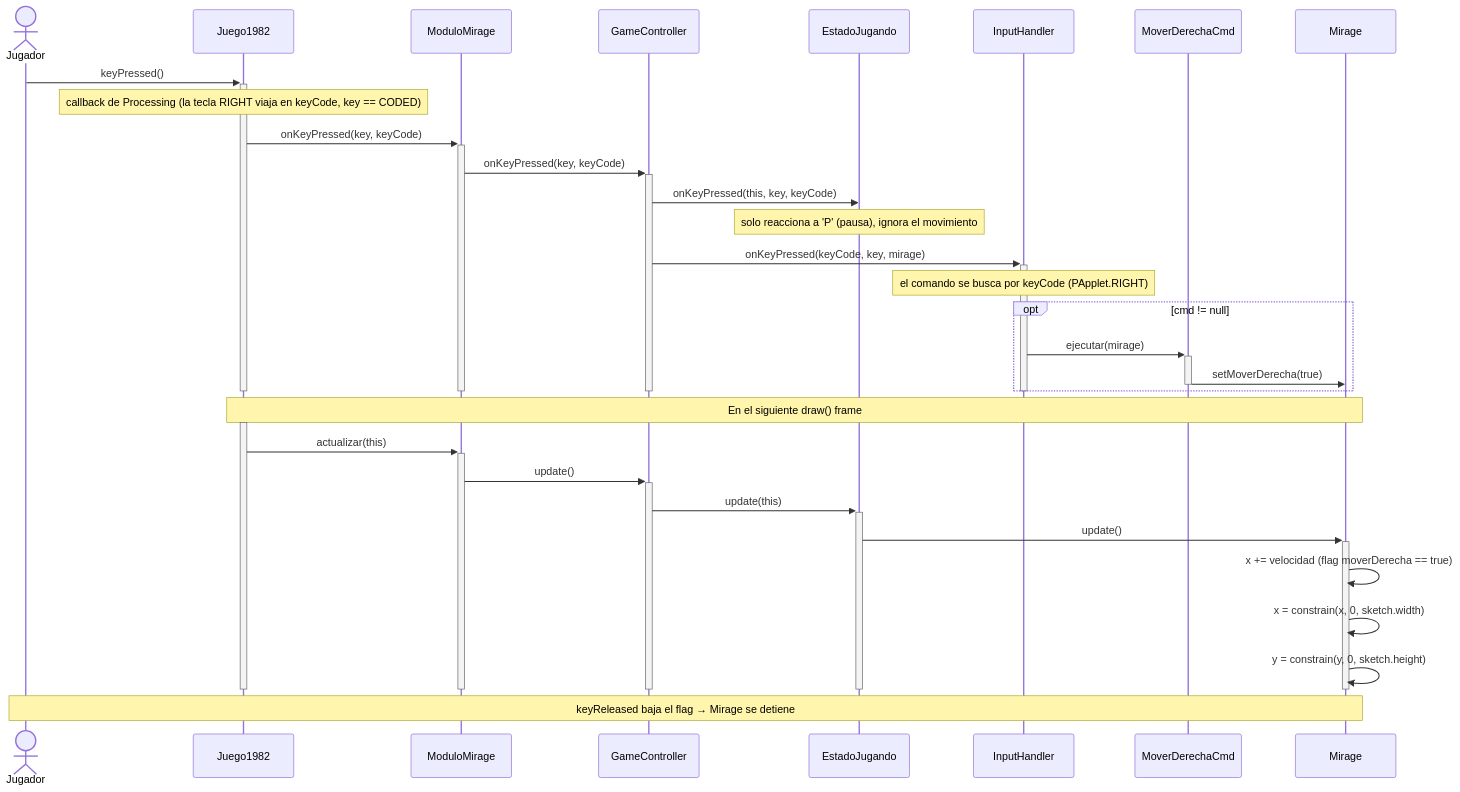
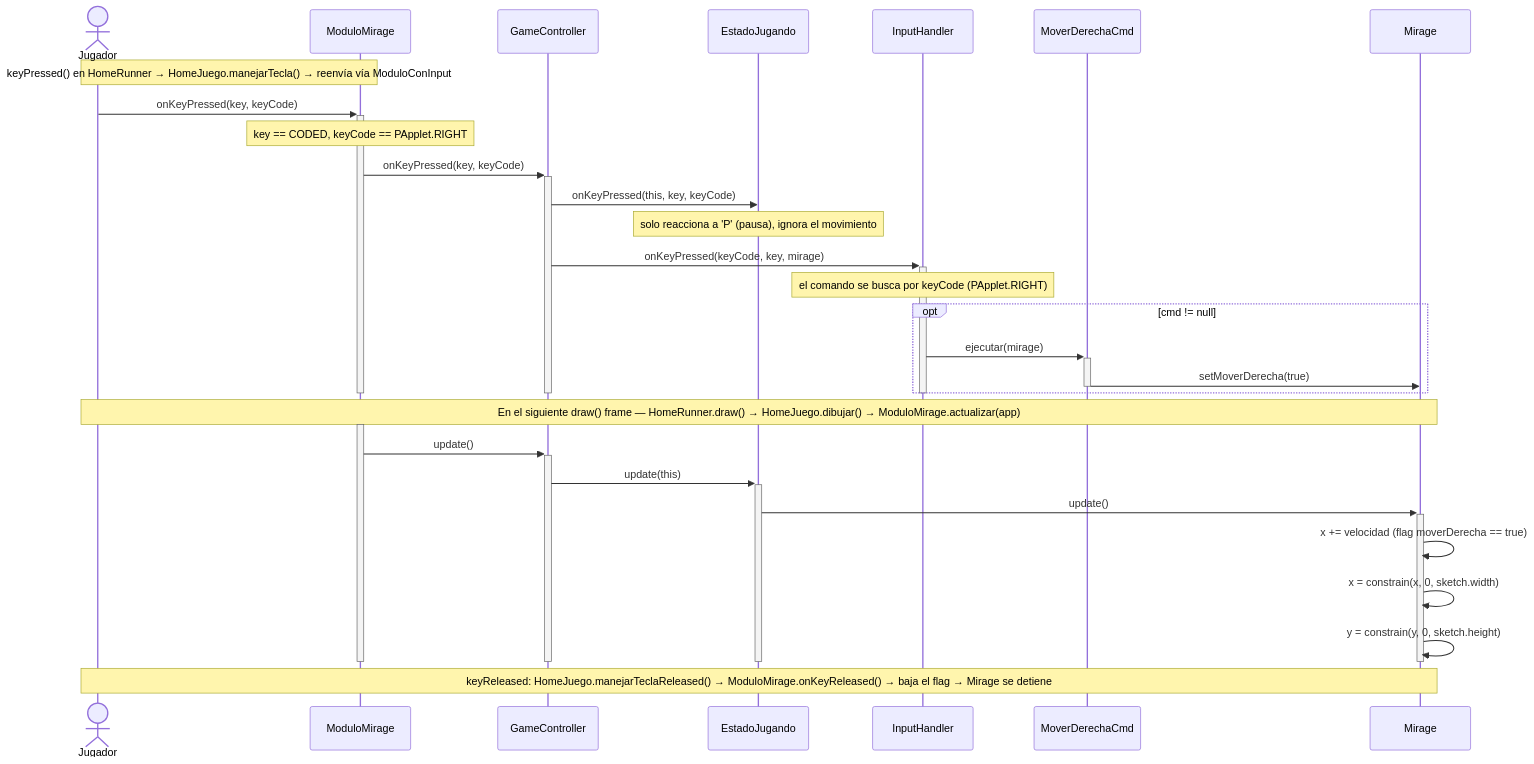
The second of 9 diagrams in docs/v1/analisis/casos-de-uso.md (Christian-Rojas-Rodriguez/juego-1982), drawn with Mermaid before and after one commit. The commit also changed other lines of this file and 1 other file, not shown here.

First line of the commit message:
docs: limpiar diagramas v1 — sacar Animacion, conectar excepciones, quitar Juego1982 de SDs

````diff
--- a/docs/v1/analisis/casos-de-uso.md
+++ b/docs/v1/analisis/casos-de-uso.md
@@ -60,46 +60,42 @@
 ```mermaid
 sequenceDiagram
     actor Jugador
-    participant Juego1982
     participant ModuloMirage
     participant GameController
     participant EstadoJugando
     participant InputHandler
     participant MoverDerechaCmd
     participant Mirage
 
-    Jugador->>+Juego1982: keyPressed()
-    Note over Juego1982: callback de Processing (la tecla RIGHT viaja en keyCode, key == CODED)
-    Juego1982->>+ModuloMirage: onKeyPressed(key, keyCode)
+    Note over Jugador,ModuloMirage: keyPressed() en HomeRunner → HomeJuego.manejarTecla() → reenvía vía ModuloConInput
+    Jugador->>+ModuloMirage: onKeyPressed(key, keyCode)
+    Note over ModuloMirage: key == CODED, keyCode == PApplet.RIGHT
     ModuloMirage->>+GameController: onKeyPressed(key, keyCode)
     GameController->>EstadoJugando: onKeyPressed(this, key, keyCode)
     Note over EstadoJugando: solo reacciona a 'P' (pausa), ignora el movimiento
     GameController->>+InputHandler: onKeyPressed(keyCode, key, mirage)
     Note over InputHandler: el comando se busca por keyCode (PApplet.RIGHT)
     opt cmd != null
         InputHandler->>+MoverDerechaCmd: ejecutar(mirage)
         MoverDerechaCmd->>Mirage: setMoverDerecha(true)
         deactivate MoverDerechaCmd
     end
     deactivate InputHandler
     deactivate GameController
     deactivate ModuloMirage
-    deactivate Juego1982
 
-    Note over Juego1982,Mirage: En el siguiente draw() frame
-    activate Juego1982
-    Juego1982->>+ModuloMirage: actualizar(this)
+    Note over Jugador,Mirage: En el siguiente draw() frame — HomeRunner.draw() → HomeJuego.dibujar() → ModuloMirage.actualizar(app)
+    activate ModuloMirage
     ModuloMirage->>+GameController: update()
     GameController->>+EstadoJugando: update(this)
     EstadoJugando->>+Mirage: update()
     Mirage->>Mirage: x += velocidad (flag moverDerecha == true)
     Mirage->>Mirage: x = constrain(x, 0, sketch.width)
     Mirage->>Mirage: y = constrain(y, 0, sketch.height)
     deactivate Mirage
     deactivate EstadoJugando
     deactivate GameController
     deactivate ModuloMirage
-    deactivate Juego1982
 
-    Note over Jugador,Mirage: keyReleased baja el flag → Mirage se detiene
+    Note over Jugador,Mirage: keyReleased: HomeJuego.manejarTeclaReleased() → ModuloMirage.onKeyReleased() → baja el flag → Mirage se detiene
 ```
````
